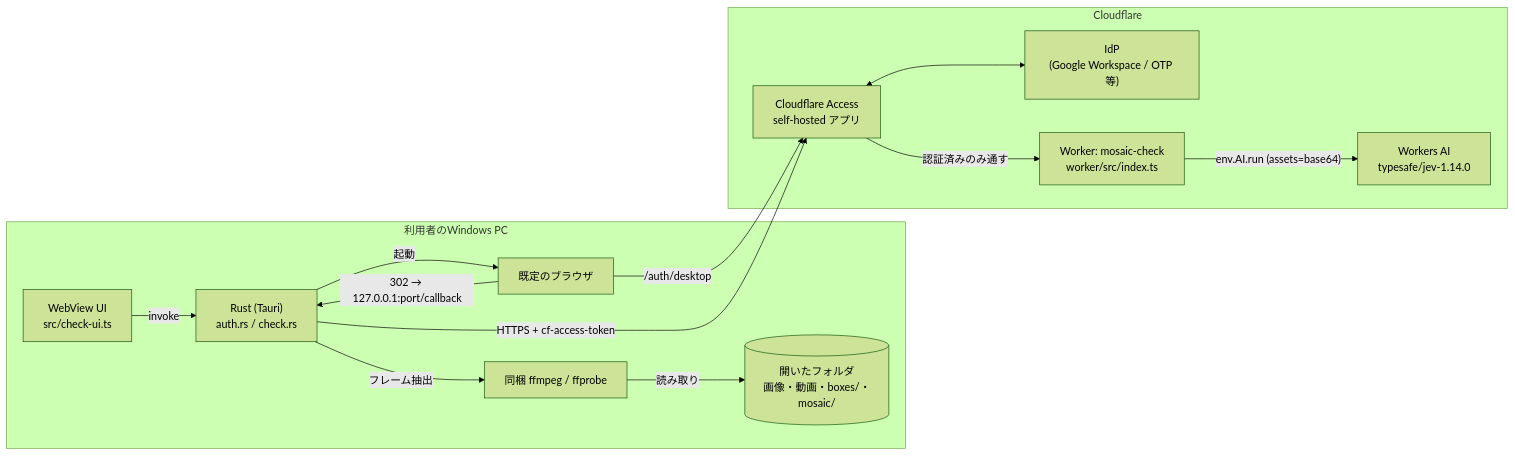
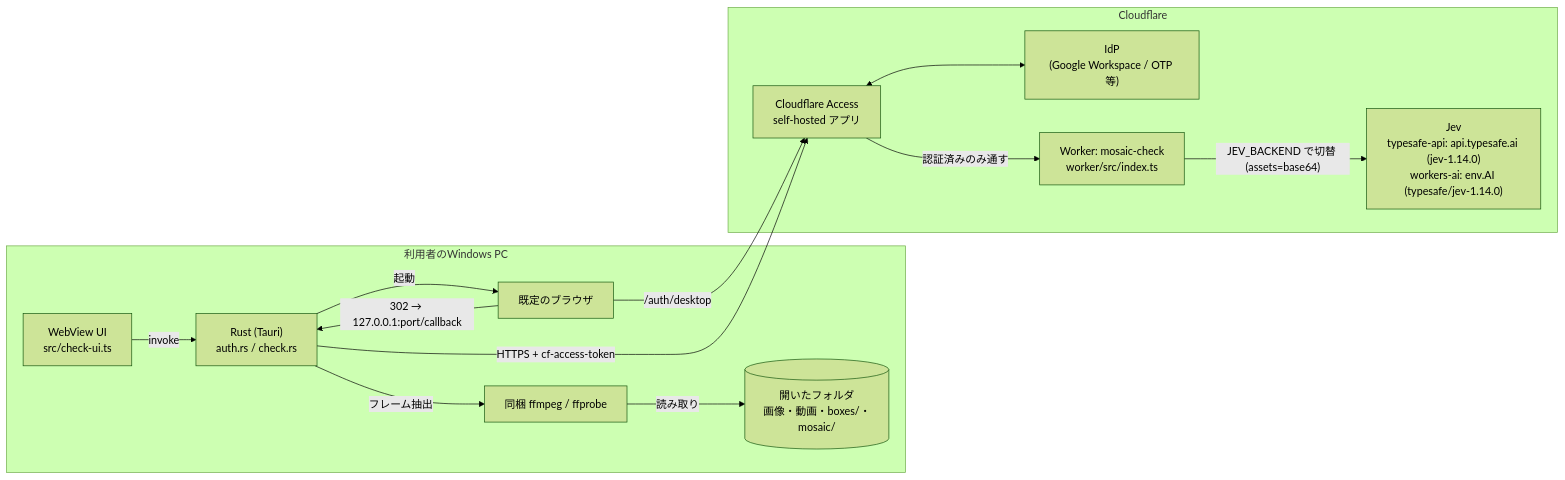
One commit to SantaSunrise/mosaic-box-editor-exe changed the first of 2 diagrams in docs/ai-check/README.md. Above: the diagram before and after it, drawn with Mermaid (forest theme). The commit also changed other lines of this file and 28 other files, not shown here.

````diff
--- a/docs/ai-check/README.md
+++ b/docs/ai-check/README.md
@@ -16,26 +18,26 @@
 ```mermaid
 flowchart LR
   subgraph PC["利用者のWindows PC"]
     UI["WebView UI<br/>src/check-ui.ts"]
     Core["Rust (Tauri)<br/>auth.rs / check.rs"]
     FF["同梱 ffmpeg / ffprobe"]
     Browser["既定のブラウザ"]
     Folder[("開いたフォルダ<br/>画像・動画・boxes/・mosaic/")]
     UI -- invoke --> Core
     Core -- フレーム抽出 --> FF
     FF -- 読み取り --> Folder
     Core -- 起動 --> Browser
     Browser -- "302 → 127.0.0.1:port/callback" --> Core
   end
   subgraph CF["Cloudflare"]
     Access["Cloudflare Access<br/>self-hosted アプリ"]
     IdP["IdP<br/>(Google Workspace / OTP 等)"]
     Worker["Worker: mosaic-check<br/>worker/src/index.ts"]
-    AI["Workers AI<br/>typesafe/jev-1.14.0"]
+    AI["Jev<br/>typesafe-api: api.typesafe.ai (jev-1.14.0)<br/>workers-ai: env.AI (typesafe/jev-1.14.0)"]
     Access -- 認証済みのみ通す --> Worker
     Access <--> IdP
-    Worker -- "env.AI.run (assets=base64)" --> AI
+    Worker -- "JEV_BACKEND で切替 (assets=base64)" --> AI
   end
   Browser -- "/auth/desktop" --> Access
   Core -- "HTTPS + cf-access-token" --> Access
 ```
````
